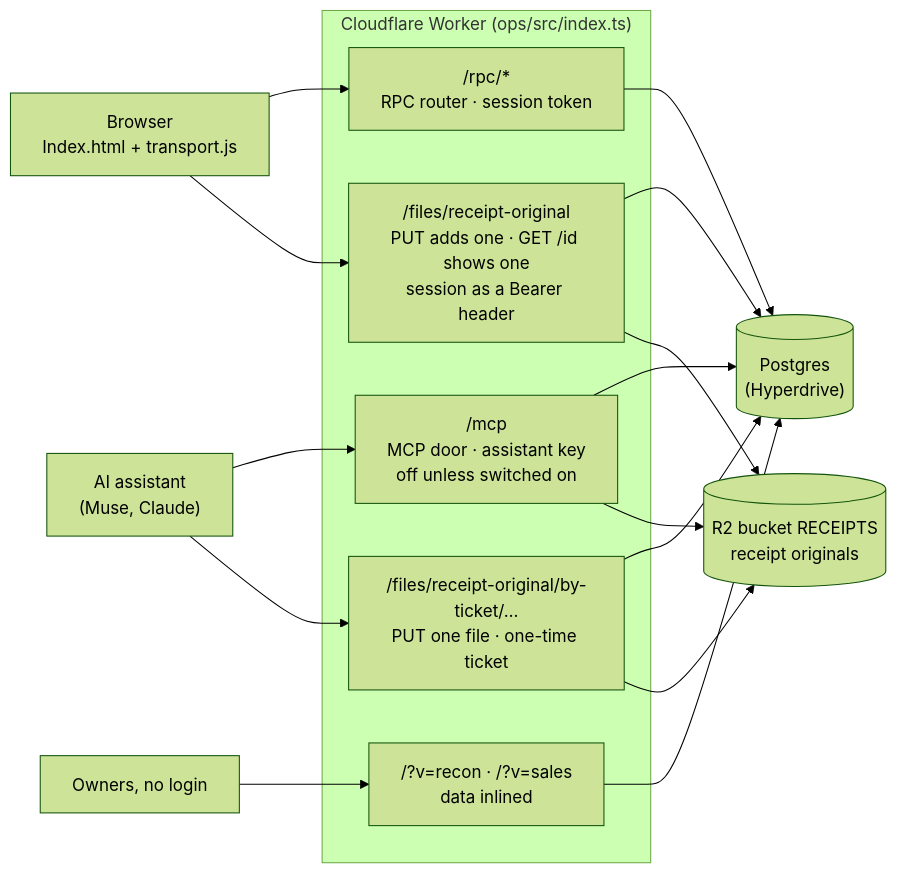
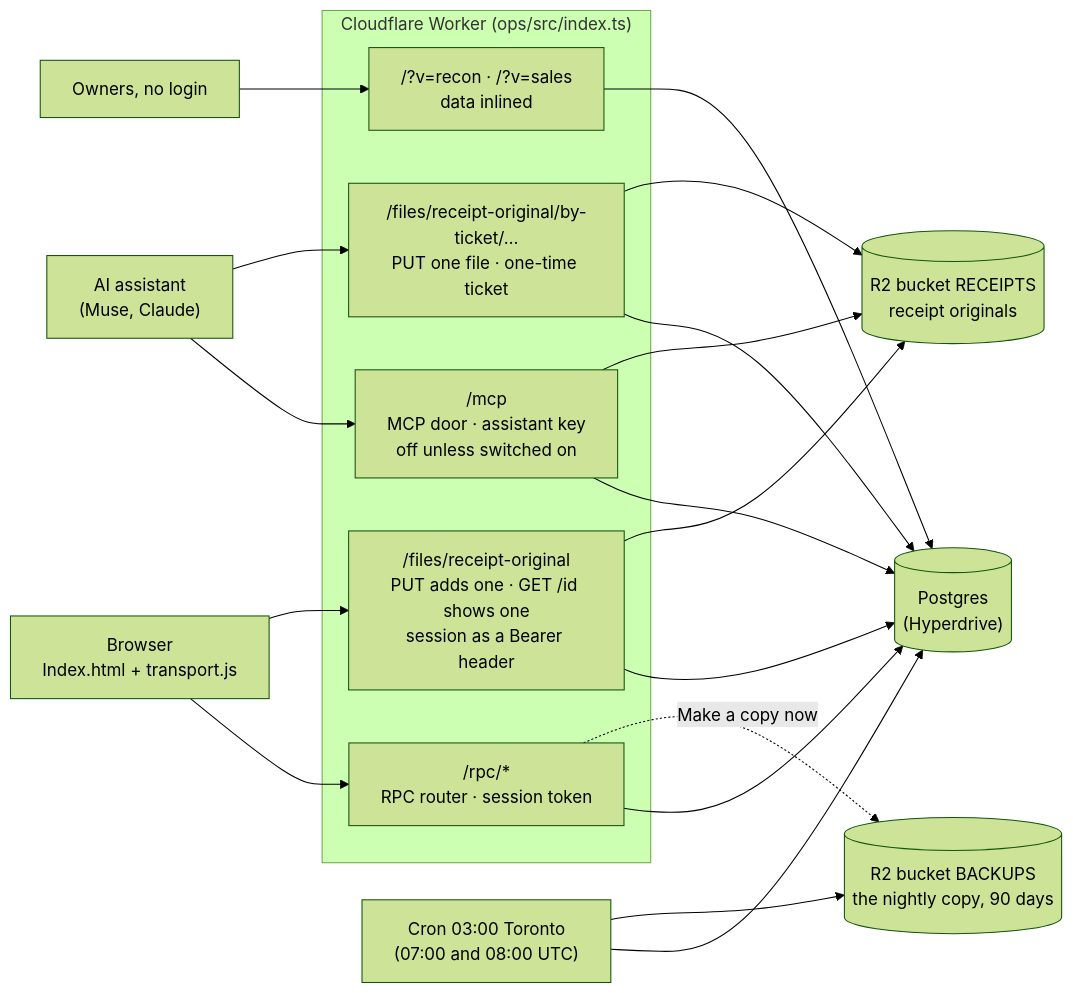
Before and after one commit to ashinjoseph/StoreOps: the fifth of 5 diagrams in docs/architecture/overview.md, drawn with Mermaid (forest theme). The commit also changed other lines of this file and 44 other files, not shown here.

````diff
--- a/docs/architecture/overview.md
+++ b/docs/architecture/overview.md
@@ -208,28 +208,33 @@
 ```mermaid
 flowchart LR
     page["Browser<br/>Index.html + transport.js"]
     asst["AI assistant<br/>(Muse, Claude)"]
     pub["Owners, no login"]
     subgraph worker["Cloudflare Worker (ops/src/index.ts)"]
         rpc["/rpc/*<br/>RPC router · session token"]
         files["/files/receipt-original<br/>PUT adds one · GET /id shows one<br/>session as a Bearer header"]
         mcp["/mcp<br/>MCP door · assistant key<br/>off unless switched on"]
         ticket["/files/receipt-original/by-ticket/…<br/>PUT one file · one-time ticket"]
         pages["/?v=recon · /?v=sales<br/>data inlined"]
     end
     pg[("Postgres<br/>(Hyperdrive)")]
     r2[("R2 bucket RECEIPTS<br/>receipt originals")]
+    r2b[("R2 bucket BACKUPS<br/>the nightly copy, 90 days")]
+    cron["Cron 03:00 Toronto<br/>(07:00 and 08:00 UTC)"]
     page --> rpc
     page --> files
     asst --> mcp
     asst --> ticket
     pub --> pages
     rpc --> pg
     files --> pg
     files --> r2
     mcp --> pg
     mcp --> r2
     ticket --> pg
     ticket --> r2
     pages --> pg
+    cron --> pg
+    cron --> r2b
+    rpc -. "Make a copy now" .-> r2b
 ```
````
